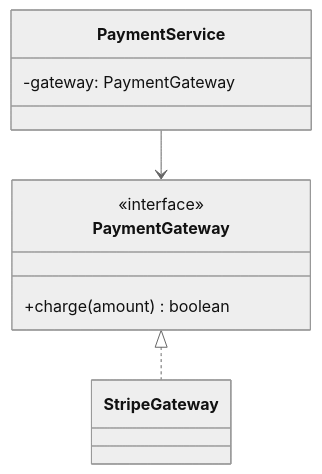
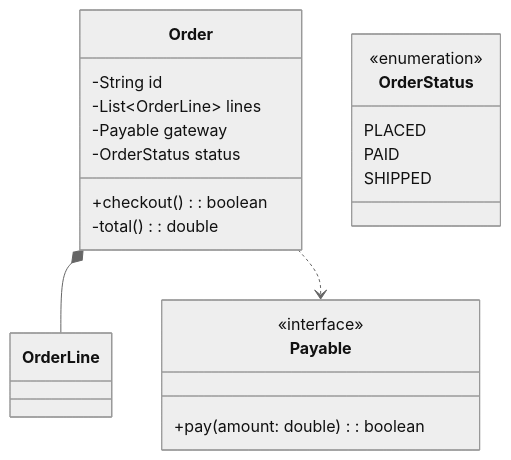
Before and after one commit to iamitgupta/system-design-LLD-basic: the first of 59 diagrams in Readme.md, drawn with Mermaid (neutral theme). The commit also changed other lines of this file, not shown here.

````diff
--- a/Readme.md
+++ b/Readme.md
@@ -296,13 +734,25 @@
 ```mermaid
 classDiagram
-    class PaymentGateway {
+    class Order {
+        -String id
+        -List~OrderLine~ lines
+        -Payable gateway
+        -OrderStatus status
+        +checkout(): boolean
+        -total(): double
+    }
+    class OrderLine {
+    }
+    class Payable {
         <<interface>>
-        +charge(amount) boolean
+        +pay(amount: double): boolean
     }
-    class StripeGateway
-    PaymentGateway <|.. StripeGateway
-    class PaymentService {
-        -gateway: PaymentGateway
+    class OrderStatus {
+        <<enumeration>>
+        PLACED
+        PAID
+        SHIPPED
     }
-    PaymentService --> PaymentGateway
+    Order *-- OrderLine
+    Order ..> Payable
 ```
````
